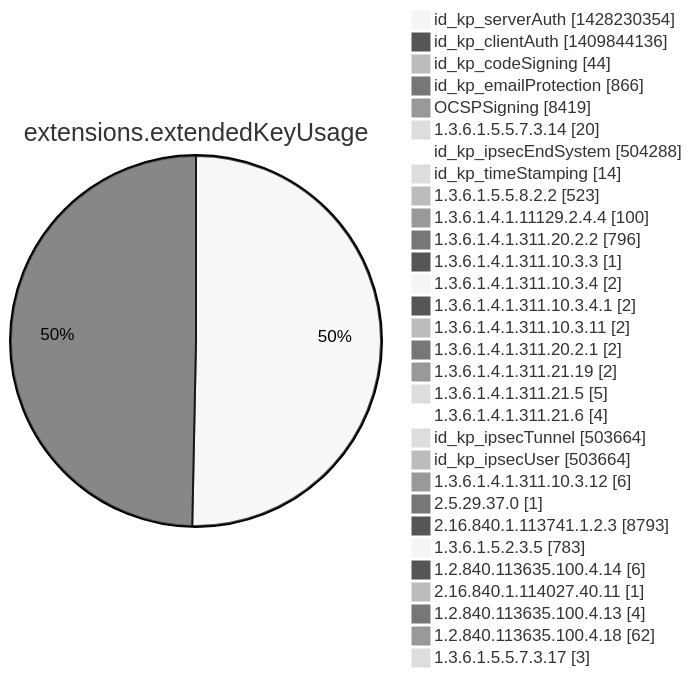
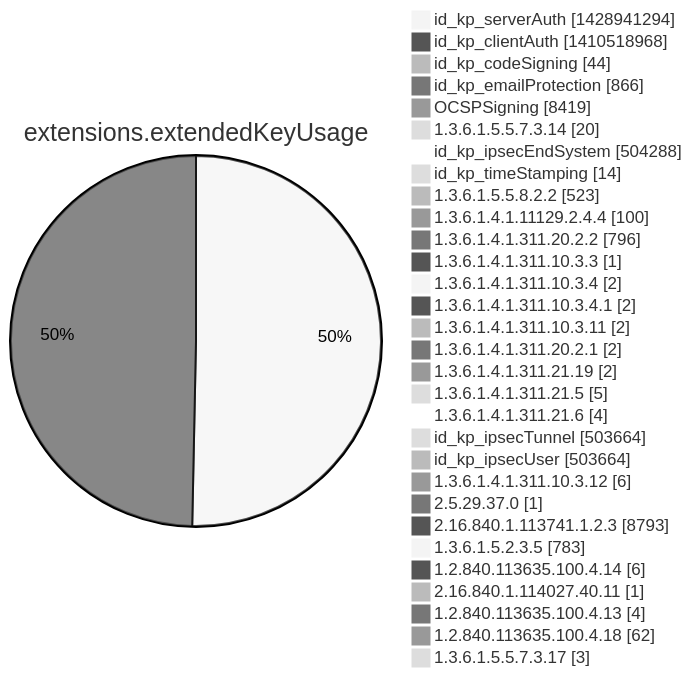
Before and after one commit to christiankrug/ctmonitor_visualization: diagram 12 of 15 in argon2022/README.md, drawn with Mermaid (neutral theme). The commit also changed other lines of this file, not shown here.

````diff
--- a/argon2022/README.md
+++ b/argon2022/README.md
@@ -3555,34 +3555,34 @@
 ```mermaid
 pie showData
 title extensions.extendedKeyUsage
-"id_kp_serverAuth" :1428230354
-"id_kp_clientAuth" :1409844136
+"id_kp_serverAuth" :1428941294
+"id_kp_clientAuth" :1410518968
 "id_kp_codeSigning" :44
 "id_kp_emailProtection" :866
 "OCSPSigning" :8419
 "1.3.6.1.5.5.7.3.14" :20
 "id_kp_ipsecEndSystem" :504288
 "id_kp_timeStamping" :14
 "1.3.6.1.5.5.8.2.2" :523
 "1.3.6.1.4.1.11129.2.4.4" :100
 "1.3.6.1.4.1.311.20.2.2" :796
 "1.3.6.1.4.1.311.10.3.3" :1
 "1.3.6.1.4.1.311.10.3.4" :2
 "1.3.6.1.4.1.311.10.3.4.1" :2
 "1.3.6.1.4.1.311.10.3.11" :2
 "1.3.6.1.4.1.311.20.2.1" :2
 "1.3.6.1.4.1.311.21.19" :2
 "1.3.6.1.4.1.311.21.5" :5
 "1.3.6.1.4.1.311.21.6" :4
 "id_kp_ipsecTunnel" :503664
 "id_kp_ipsecUser" :503664
 "1.3.6.1.4.1.311.10.3.12" :6
 "2.5.29.37.0" :1
 "2.16.840.1.113741.1.2.3" :8793
 "1.3.6.1.5.2.3.5" :783
 "1.2.840.113635.100.4.14" :6
 "2.16.840.1.114027.40.11" :1
 "1.2.840.113635.100.4.13" :4
 "1.2.840.113635.100.4.18" :62
 "1.3.6.1.5.5.7.3.17" :3
 ```
````
